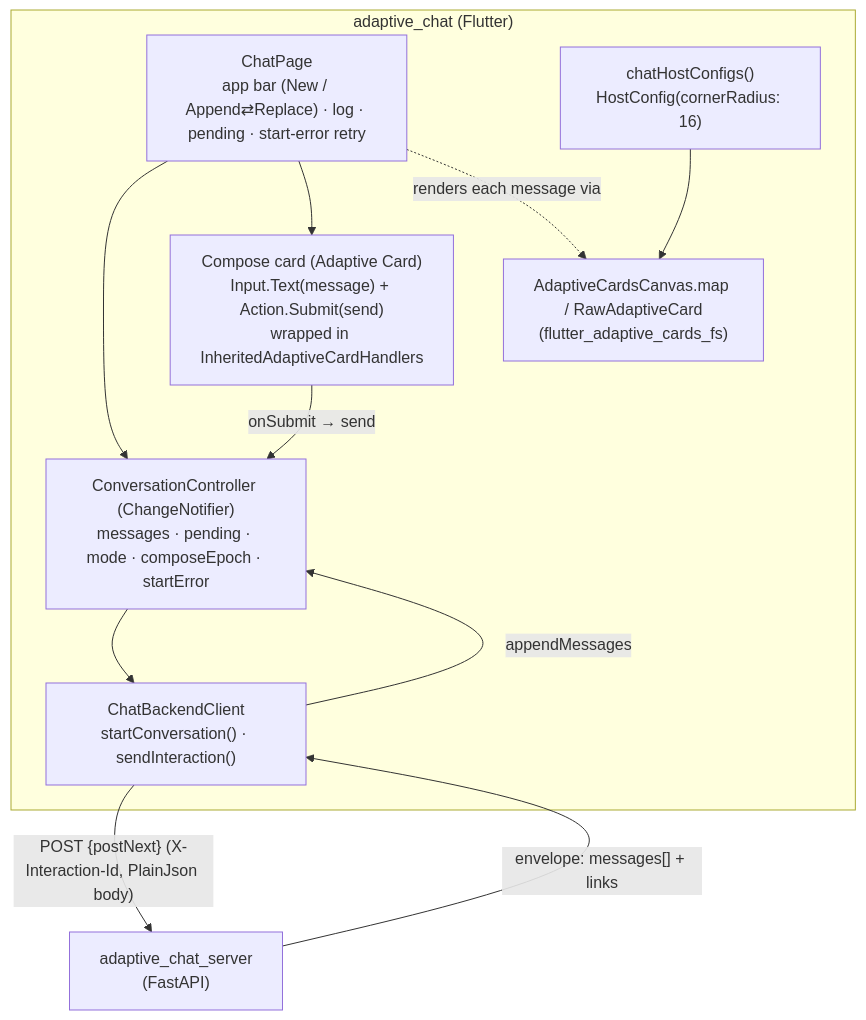
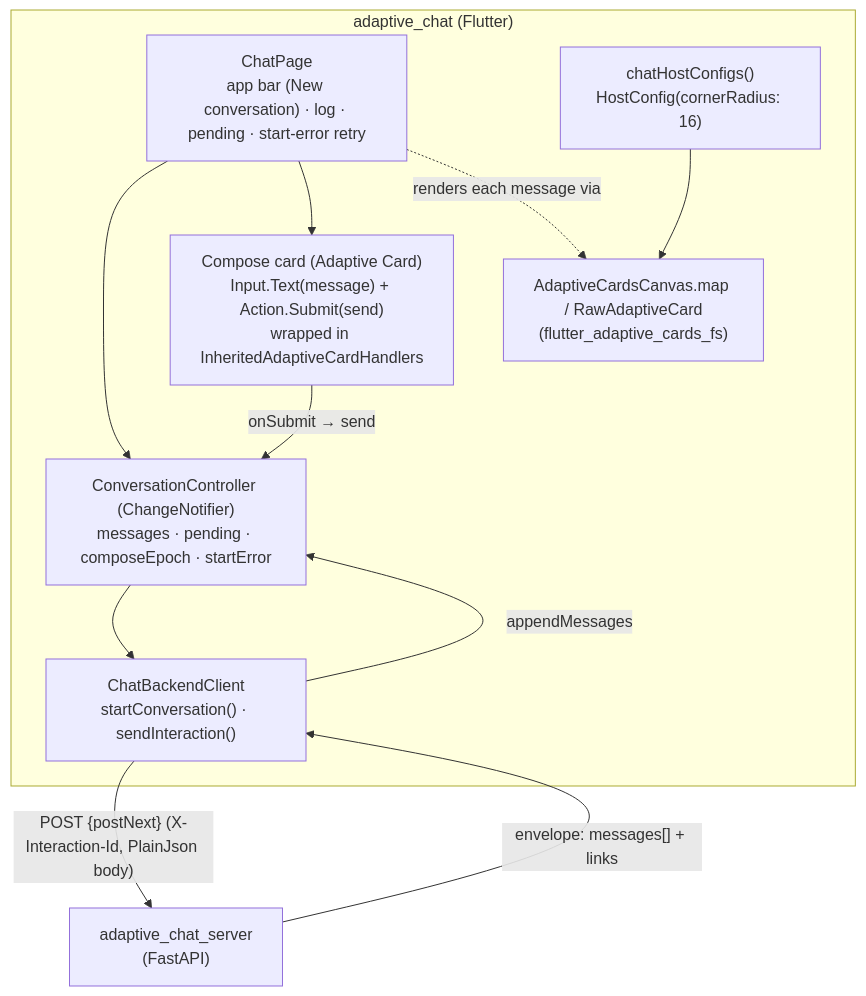
Before and after one commit to freemansoft/Flutter-AdaptiveCards: the diagram in adaptive_chat/README.md, drawn with Mermaid. The commit also changed other lines of this file and 4 other files, not shown here.

First line of the commit message:
refactor(chat): remove the Append/Replace mode toggle

````diff
--- a/adaptive_chat/README.md
+++ b/adaptive_chat/README.md
@@ -31,19 +31,19 @@
 ```mermaid
 flowchart TB
   subgraph app["adaptive_chat (Flutter)"]
-    CP["ChatPage\napp bar (New / Append⇄Replace) · log · pending · start-error retry"]
-    CC["ConversationController (ChangeNotifier)\nmessages · pending · mode · composeEpoch · startError"]
+    CP["ChatPage\napp bar (New conversation) · log · pending · start-error retry"]
+    CC["ConversationController (ChangeNotifier)\nmessages · pending · composeEpoch · startError"]
     COMP["Compose card (Adaptive Card)\nInput.Text(message) + Action.Submit(send)\nwrapped in InheritedAdaptiveCardHandlers"]
     CBC["ChatBackendClient\nstartConversation() · sendInteraction()"]
     HC["chatHostConfigs()\nHostConfig(cornerRadius: 16)"]
     CP --> CC
     CP --> COMP
     COMP -->|onSubmit → send| CC
     CC --> CBC
     CP -. renders each message via .-> ADAPTIVE["AdaptiveCardsCanvas.map / RawAdaptiveCard\n(flutter_adaptive_cards_fs)"]
     HC --> ADAPTIVE
   end
   CBC -->|"POST {postNext} (X-Interaction-Id, PlainJson body)"| SRV["adaptive_chat_server\n(FastAPI)"]
   SRV -->|"envelope: messages[] + links"| CBC
   CBC -->|appendMessages| CC
 ```
````
